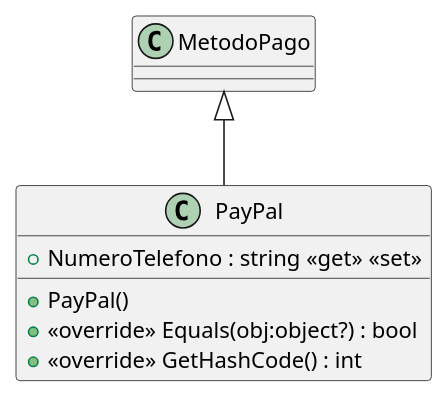
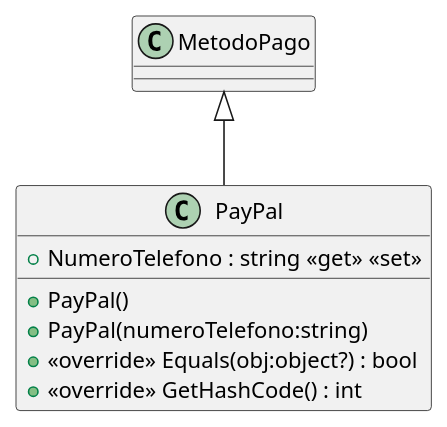
The diagram in src/AppForSEII.API/ClassDiagram/PayPal.puml (ISII2627NPA/ISII2627NPA), drawn with PlantUML before and after one commit.

Commit message:
añadir constructor parametrizado al diagrama PayPal.puml

```diff
--- a/src/AppForSEII.API/ClassDiagram/PayPal.puml
+++ b/src/AppForSEII.API/ClassDiagram/PayPal.puml
@@ -1,9 +1,10 @@
 @startuml
 class PayPal {
     + NumeroTelefono : string <<get>> <<set>>
     + PayPal()
+    + PayPal(numeroTelefono:string)
     + <<override>> Equals(obj:object?) : bool
     + <<override>> GetHashCode() : int
 }
 MetodoPago <|-- PayPal
 @enduml
```
